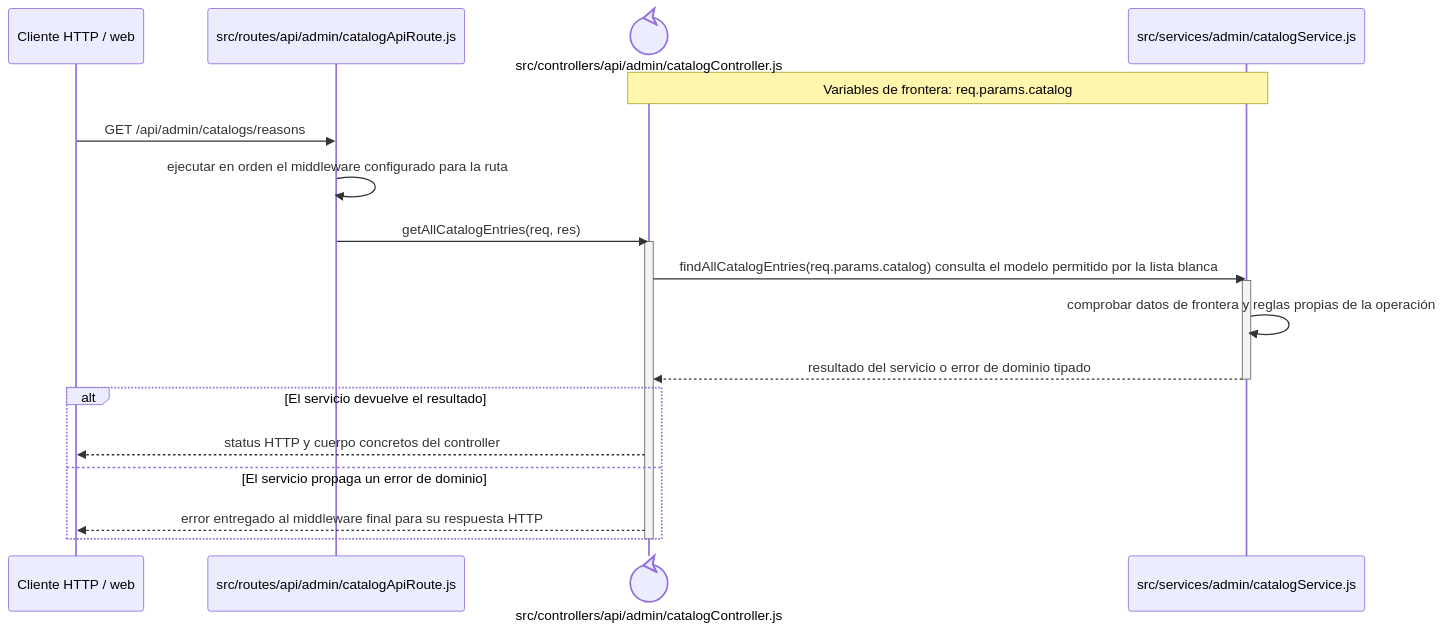
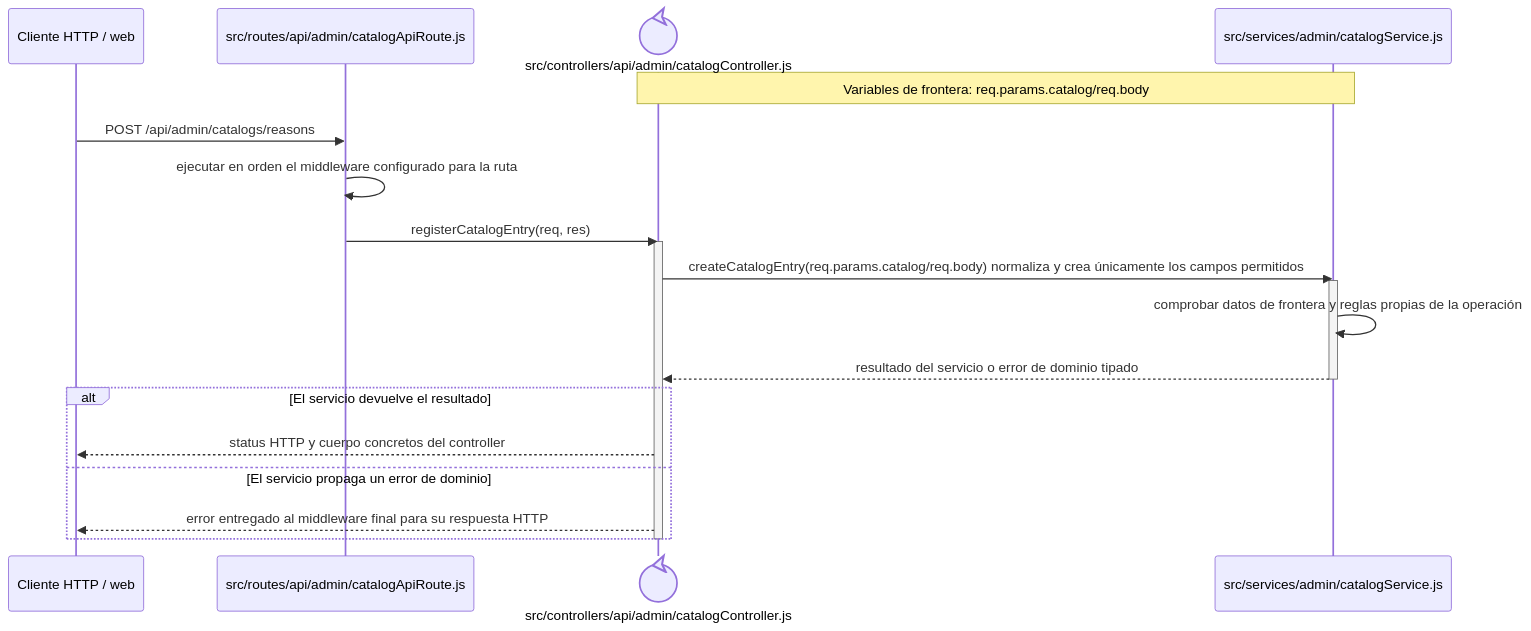
One commit to gpgsistemas01/nexus changed the diagram in docs/architecture/backend-code-sequences/catalogs/cu-cat-22.md. Above: the diagram before and after it, drawn with Mermaid. The commit also changed other lines of this file and 167 other files, not shown here.

````diff
--- a/docs/architecture/backend-code-sequences/catalogs/cu-cat-22.md
+++ b/docs/architecture/backend-code-sequences/catalogs/cu-cat-22.md
@@ -6,24 +6,24 @@
 ```mermaid
 sequenceDiagram
     participant Client as Cliente HTTP / web
     participant Route as src/routes/api/admin/catalogApiRoute.js
     participant Controller@{ "type": "control" } as src/controllers/api/admin/catalogController.js
     participant Domain as src/services/admin/catalogService.js
-    Note over Controller,Domain: Variables de frontera: req.params.catalog
+    Note over Controller,Domain: Variables de frontera: req.params.catalog/req.body
 
-    Client->>Route: GET /api/admin/catalogs/reasons
+    Client->>Route: POST /api/admin/catalogs/reasons
     Route->>Route: ejecutar en orden el middleware configurado para la ruta
-    Route->>Controller: getAllCatalogEntries(req, res)
+    Route->>Controller: registerCatalogEntry(req, res)
     activate Controller
-    Controller->>Domain: findAllCatalogEntries(req.params.catalog) consulta el modelo permitido por la lista blanca
+    Controller->>Domain: createCatalogEntry(req.params.catalog/req.body) normaliza y crea únicamente los campos permitidos
     activate Domain
     Domain->>Domain: comprobar datos de frontera y reglas propias de la operación
     Domain-->>Controller: resultado del servicio o error de dominio tipado
     deactivate Domain
     alt El servicio devuelve el resultado
         Controller-->>Client: status HTTP y cuerpo concretos del controller
     else El servicio propaga un error de dominio
         Controller-->>Client: error entregado al middleware final para su respuesta HTTP
     end
     deactivate Controller
 ```
````
